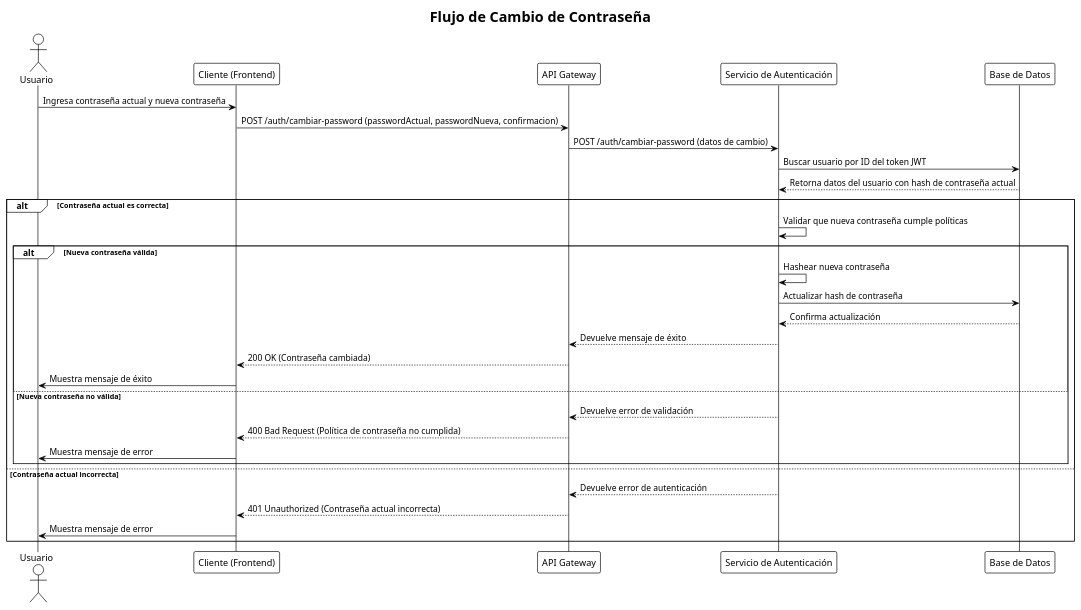
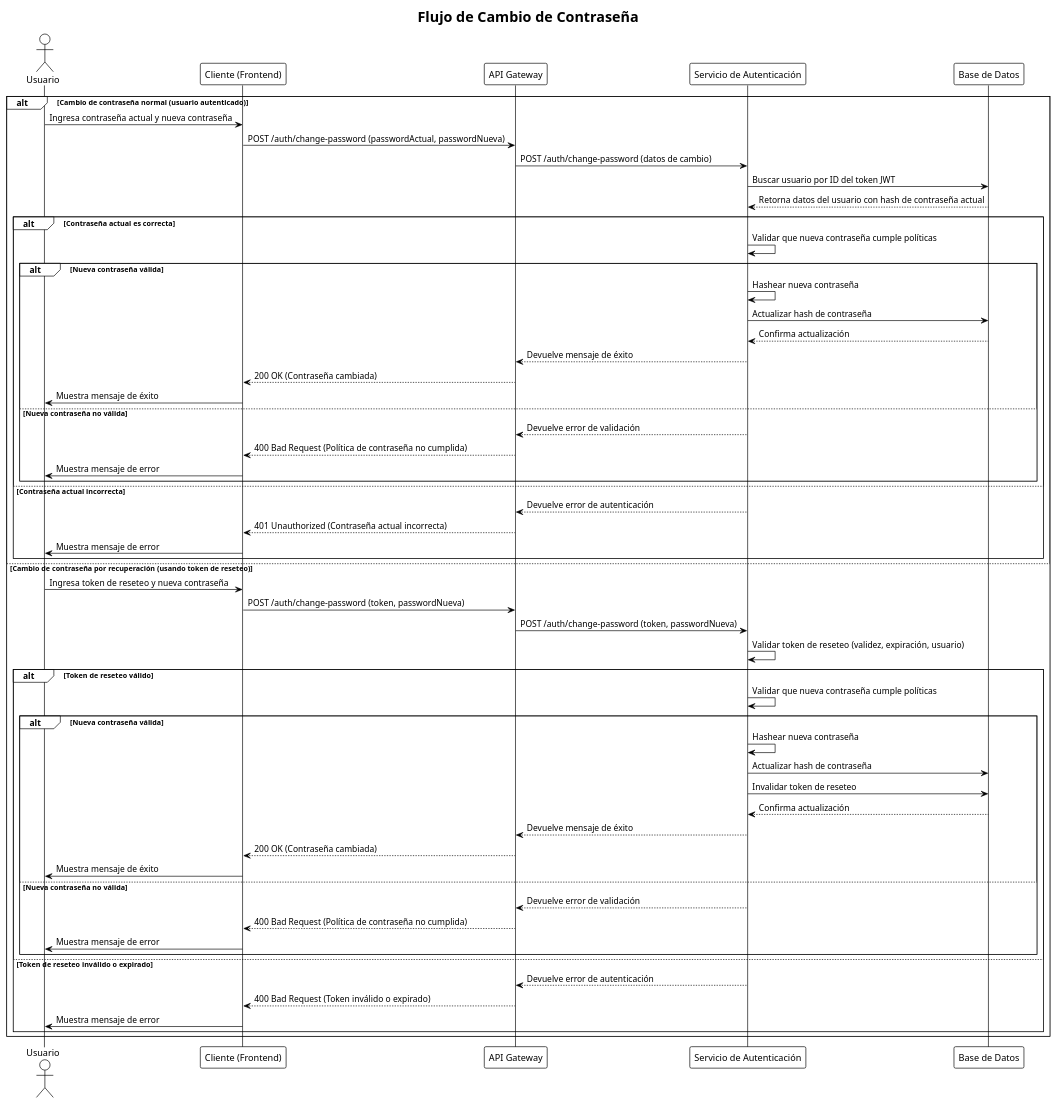
Before and after one commit to Deivi92/mina-control-api: the diagram in docs/diagrams/autenticacion/sequence_cambiar_password.puml, drawn with PlantUML. The commit also changed 19 other files, not shown here.

```diff
--- a/docs/diagrams/autenticacion/sequence_cambiar_password.puml
+++ b/docs/diagrams/autenticacion/sequence_cambiar_password.puml
@@ -1,39 +1,67 @@
 @startuml sequence_cambiar_password
 !theme plain
 
 title "Flujo de Cambio de Contraseña"
 
 actor Usuario
 participant "Cliente (Frontend)" as Cliente
 participant "API Gateway" as Gateway
 participant "Servicio de Autenticación" as AuthServer
 participant "Base de Datos" as DB
 
-Usuario -> Cliente: Ingresa contraseña actual y nueva contraseña
-Cliente -> Gateway: POST /auth/cambiar-password (passwordActual, passwordNueva, confirmacion)
-Gateway -> AuthServer: POST /auth/cambiar-password (datos de cambio)
+alt Cambio de contraseña normal (usuario autenticado)
+    Usuario -> Cliente: Ingresa contraseña actual y nueva contraseña
+    Cliente -> Gateway: POST /auth/change-password (passwordActual, passwordNueva)
+    Gateway -> AuthServer: POST /auth/change-password (datos de cambio)
 
-AuthServer -> DB: Buscar usuario por ID del token JWT
-DB --> AuthServer: Retorna datos del usuario con hash de contraseña actual
+    AuthServer -> DB: Buscar usuario por ID del token JWT
+    DB --> AuthServer: Retorna datos del usuario con hash de contraseña actual
 
-alt Contraseña actual es correcta
-    AuthServer -> AuthServer: Validar que nueva contraseña cumple políticas
-    alt Nueva contraseña válida
-        AuthServer -> AuthServer: Hashear nueva contraseña
-        AuthServer -> DB: Actualizar hash de contraseña
-        DB --> AuthServer: Confirma actualización
-        AuthServer --> Gateway: Devuelve mensaje de éxito
-        Gateway --> Cliente: 200 OK (Contraseña cambiada)
-        Cliente -> Usuario: Muestra mensaje de éxito
-    else Nueva contraseña no válida
-        AuthServer --> Gateway: Devuelve error de validación
-        Gateway --> Cliente: 400 Bad Request (Política de contraseña no cumplida)
+    alt Contraseña actual es correcta
+        AuthServer -> AuthServer: Validar que nueva contraseña cumple políticas
+        alt Nueva contraseña válida
+            AuthServer -> AuthServer: Hashear nueva contraseña
+            AuthServer -> DB: Actualizar hash de contraseña
+            DB --> AuthServer: Confirma actualización
+            AuthServer --> Gateway: Devuelve mensaje de éxito
+            Gateway --> Cliente: 200 OK (Contraseña cambiada)
+            Cliente -> Usuario: Muestra mensaje de éxito
+        else Nueva contraseña no válida
+            AuthServer --> Gateway: Devuelve error de validación
+            Gateway --> Cliente: 400 Bad Request (Política de contraseña no cumplida)
+            Cliente -> Usuario: Muestra mensaje de error
+        end
+    else Contraseña actual incorrecta
+        AuthServer --> Gateway: Devuelve error de autenticación
+        Gateway --> Cliente: 401 Unauthorized (Contraseña actual incorrecta)
         Cliente -> Usuario: Muestra mensaje de error
     end
-else Contraseña actual incorrecta
-    AuthServer --> Gateway: Devuelve error de autenticación
-    Gateway --> Cliente: 401 Unauthorized (Contraseña actual incorrecta)
-    Cliente -> Usuario: Muestra mensaje de error
+else Cambio de contraseña por recuperación (usando token de reseteo)
+    Usuario -> Cliente: Ingresa token de reseteo y nueva contraseña
+    Cliente -> Gateway: POST /auth/change-password (token, passwordNueva)
+    Gateway -> AuthServer: POST /auth/change-password (token, passwordNueva)
+
+    AuthServer -> AuthServer: Validar token de reseteo (validez, expiración, usuario)
+    alt Token de reseteo válido
+        AuthServer -> AuthServer: Validar que nueva contraseña cumple políticas
+        alt Nueva contraseña válida
+            AuthServer -> AuthServer: Hashear nueva contraseña
+            AuthServer -> DB: Actualizar hash de contraseña
+            AuthServer -> DB: Invalidar token de reseteo
+            DB --> AuthServer: Confirma actualización
+            AuthServer --> Gateway: Devuelve mensaje de éxito
+            Gateway --> Cliente: 200 OK (Contraseña cambiada)
+            Cliente -> Usuario: Muestra mensaje de éxito
+        else Nueva contraseña no válida
+            AuthServer --> Gateway: Devuelve error de validación
+            Gateway --> Cliente: 400 Bad Request (Política de contraseña no cumplida)
+            Cliente -> Usuario: Muestra mensaje de error
+        end
+    else Token de reseteo inválido o expirado
+        AuthServer --> Gateway: Devuelve error de autenticación
+        Gateway --> Cliente: 400 Bad Request (Token inválido o expirado)
+        Cliente -> Usuario: Muestra mensaje de error
+    end
 end
 
 @enduml
```
